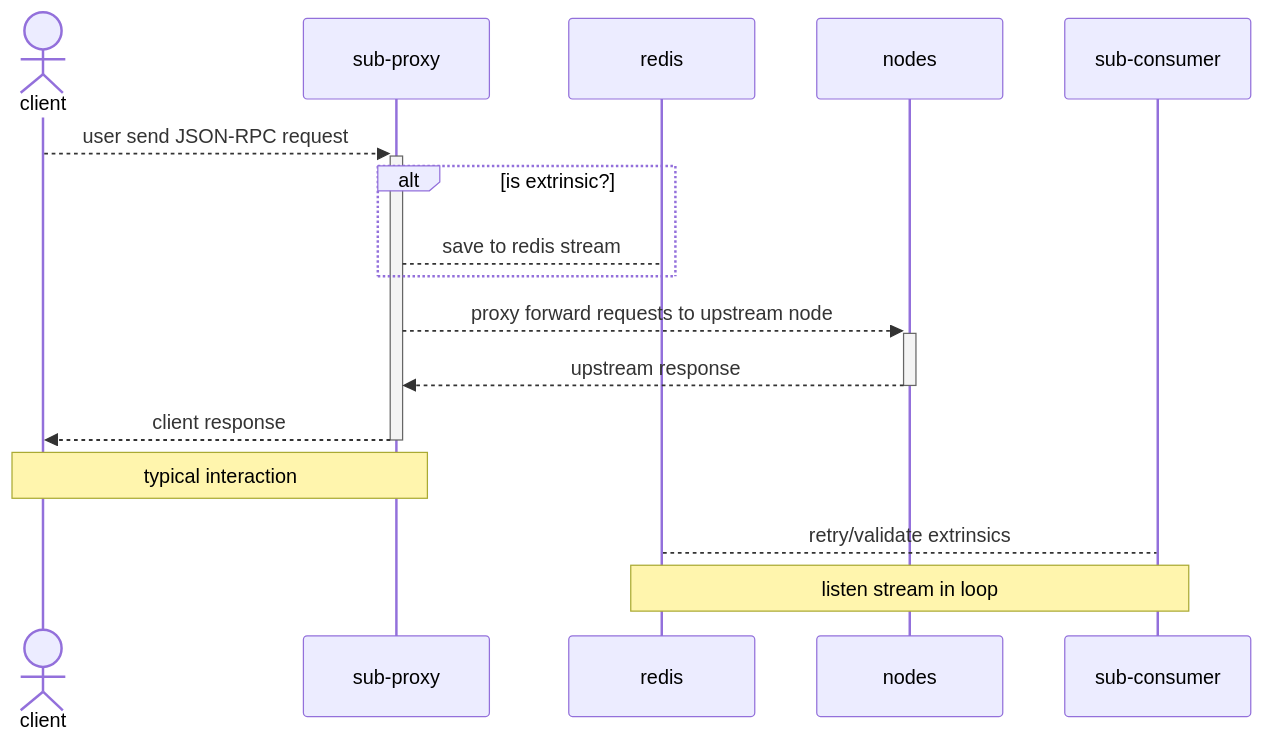
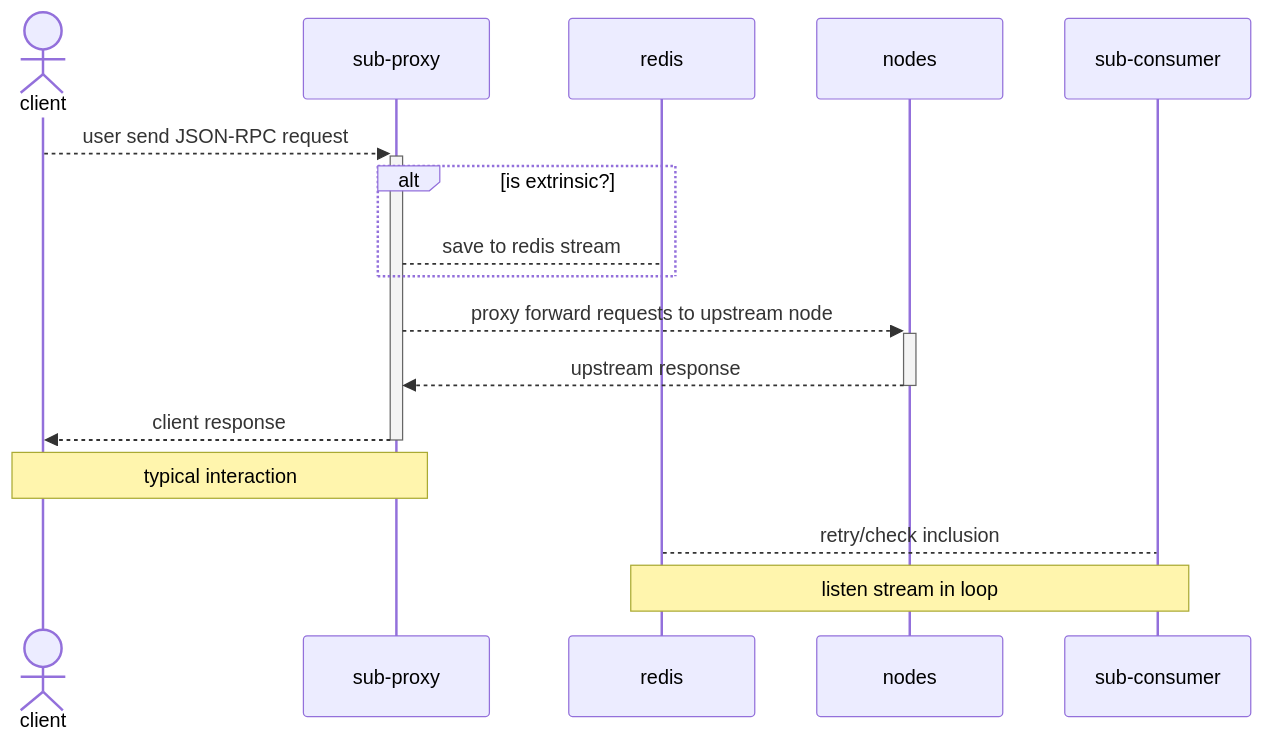
The diagram in readme.md (p2p-org/substrate-rpc-proxy), drawn with Mermaid before and after one commit.

Commit message:
PK-2485: readme.md fixes

````diff
--- a/readme.md
+++ b/readme.md
@@ -16,14 +16,14 @@
 ```mermaid
 sequenceDiagram;
     actor client
     client-->>+sub-proxy: user send JSON-RPC request
     alt is extrinsic?
     sub-proxy-->redis: save to redis stream
     end
     sub-proxy-->>+nodes: proxy forward requests to upstream node
     nodes-->>-sub-proxy: upstream response
     sub-proxy-->>-client: client response
     Note over sub-proxy,client: typical interaction
-    redis-->sub-consumer: retry/validate extrinsics
+    redis-->sub-consumer: retry/check inclusion
     Note over redis,sub-consumer: listen stream in loop
 ```
````
